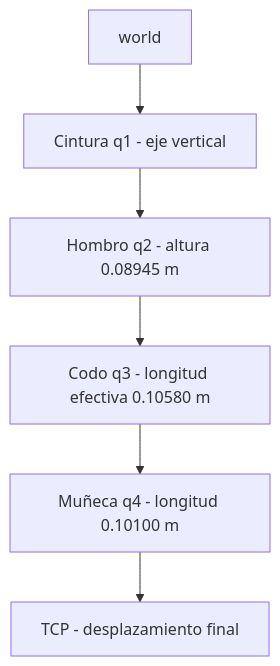
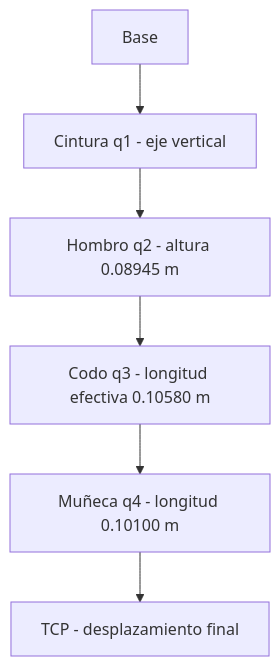
Before and after one commit to labsir-un/Robotica-2026-I-Equipo-2C-Castro-Morales-Arcila: the second of 3 diagrams in Laboratorio No. 05 - Robótica de Desarrollo ROS Jazzy y Phantom Pincher X100/README.MD, drawn with Mermaid. The commit also changed other lines of this file, not shown here.

````diff
--- a/Laboratorio No. 05 - Robótica de Desarrollo ROS Jazzy y Phantom Pincher X100/README.MD
+++ b/Laboratorio No. 05 - Robótica de Desarrollo ROS Jazzy y Phantom Pincher X100/README.MD
@@ -232,8 +191,8 @@
 ```mermaid
 flowchart TD
-    A["world"] --> B["Cintura q1 - eje vertical"]
+    A["Base"] --> B["Cintura q1 - eje vertical"]
     B --> C["Hombro q2 - altura 0.08945 m"]
     C --> D["Codo q3 - longitud efectiva 0.10580 m"]
     D --> E["Muñeca q4 - longitud 0.10100 m"]
     E --> F["TCP - desplazamiento final"]
 ```
````
